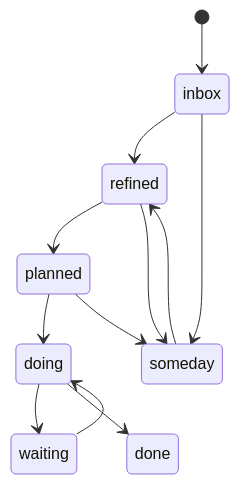
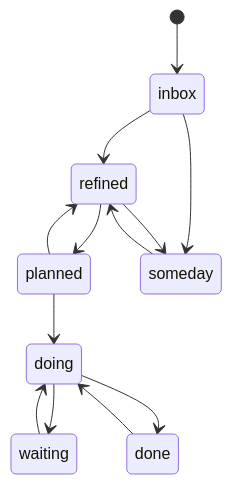
One commit to David-Bambi/nexus changed the second of 2 diagrams in docs/architecture/overview.md. Above: the diagram before and after it, drawn with Mermaid. The commit also changed other lines of this file and 9 other files, not shown here.

````diff
--- a/docs/architecture/overview.md
+++ b/docs/architecture/overview.md
@@ -29,14 +29,15 @@
 ```mermaid
 stateDiagram-v2
     [*] --> inbox
     inbox --> refined
     refined --> planned
+    planned --> refined
     planned --> doing
     doing --> waiting
     waiting --> doing
     doing --> done
+    done --> doing
     inbox --> someday
     refined --> someday
-    planned --> someday
     someday --> refined
 ```
````
